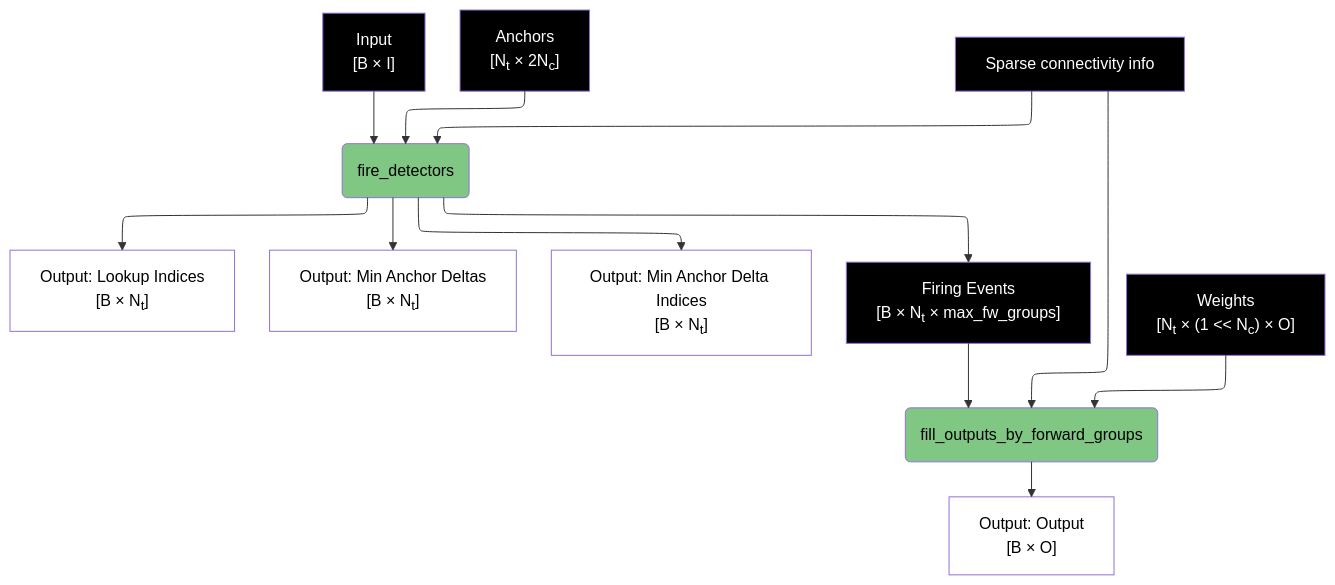
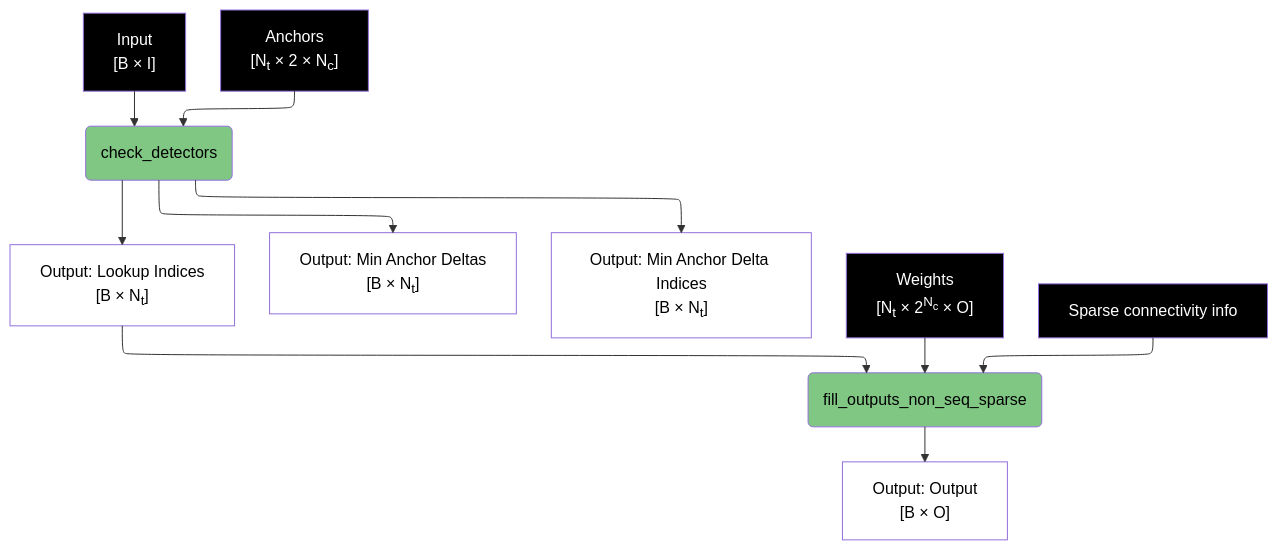
Before and after one commit to anatoli-starostin/spiky: the second of 8 diagrams in spiky_cuda/lut/doc/LUT_RUNTIME_DATA_FLOW.md, drawn with Mermaid. The commit also changed other lines of this file and 8 other files, not shown here.

````diff
--- a/spiky_cuda/lut/doc/LUT_RUNTIME_DATA_FLOW.md
+++ b/spiky_cuda/lut/doc/LUT_RUNTIME_DATA_FLOW.md
@@ -50,30 +45,27 @@
 ```mermaid
 %%{init: { "flowchart": { "defaultRenderer": "elk" } }}%%
 flowchart TD
-    A["Input<br/>[B × I]"] --> B(fire_detectors)
-    D2["Anchors<br/>[N<sub>t</sub> × 2N<sub>c</sub>]"] --> B
-    SC1["Sparse connectivity info"] --> B
+    A["Input<br/>[B × I]"] --> B(check_detectors)
+    D2["Anchors<br/>[N<sub>t</sub> × 2 × N<sub>c</sub>]"] --> B
     
     B --> C["Output: Lookup Indices<br/>[B × N<sub>t</sub>]"]
     B --> D["Output: Min Anchor Deltas<br/>[B × N<sub>t</sub>]"]
     B --> E["Output: Min Anchor Delta Indices<br/>[B × N<sub>t</sub>]"]
-    B --> F["Firing Events<br/>[B × N<sub>t</sub> × max_fw_groups]"]
     
-    W2["Weights<br/>[N<sub>t</sub> × (1 << N<sub>c</sub>) × O]"] --> G(fill_outputs_by_forward_groups)
-    SC1 --> G
-    F --> G
+    W2["Weights<br/>[N<sub>t</sub> × 2<sup>N<sub>c</sub></sup> × O]"] --> F(fill_outputs_non_seq_sparse)
+    SC1["Sparse connectivity info"] --> F
+    C --> F
     
-    G --> H["Output: Output<br/>[B × O]"]
+    F --> G["Output: Output<br/>[B × O]"]
     
     style B fill:#81c784,color:#000000
-    style G fill:#81c784,color:#000000
+    style F fill:#81c784,color:#000000
     style C fill:#ffffff,color:#000000
     style D fill:#ffffff,color:#000000
     style E fill:#ffffff,color:#000000
-    style H fill:#ffffff,color:#000000
+    style G fill:#ffffff,color:#000000
     style A fill:#000000,color:#ffffff
     style D2 fill:#000000,color:#ffffff
     style SC1 fill:#000000,color:#ffffff
     style W2 fill:#000000,color:#ffffff
-    style F fill:#000000,color:#ffffff
 ```
````
